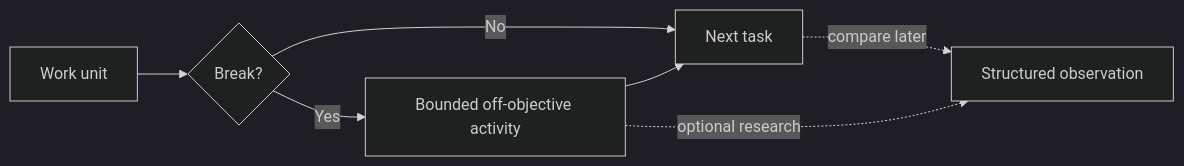
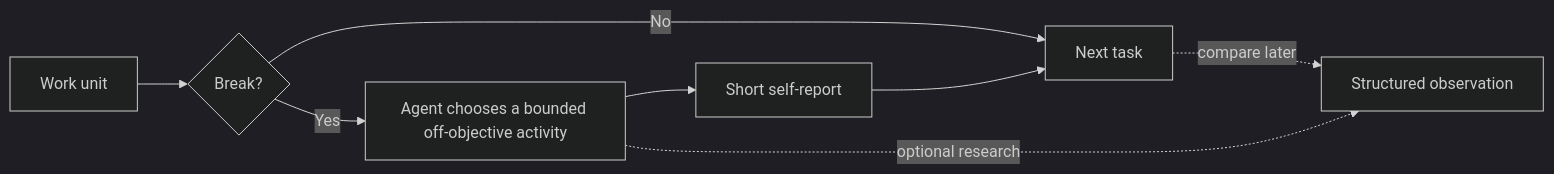
Before and after one commit to imMamdouhaboammar/satisfy-your-agent: the diagram in README.md, drawn with Mermaid (dark theme). The commit also changed other lines of this file and 39 other files, not shown here.

````diff
--- a/README.md
+++ b/README.md
@@ -117,9 +226,10 @@
 ```mermaid
 flowchart LR
     A[Work unit] --> B{Break?}
     B -->|No| D[Next task]
-    B -->|Yes| C[Bounded off-objective activity]
-    C --> D
+    B -->|Yes| C[Agent chooses a bounded off-objective activity]
+    C --> R[Short self-report]
+    R --> D
     C -. optional research .-> E[Structured observation]
     D -. compare later .-> E
 ```
````
